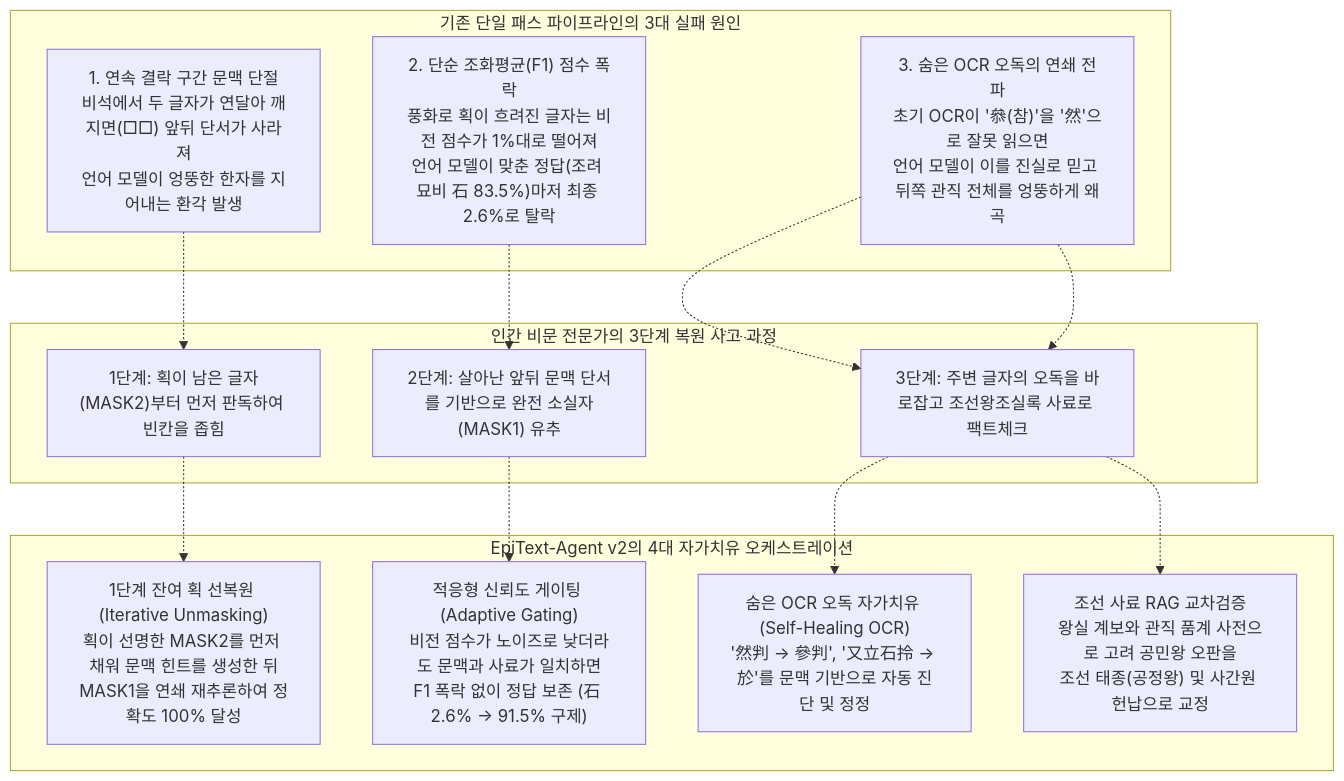
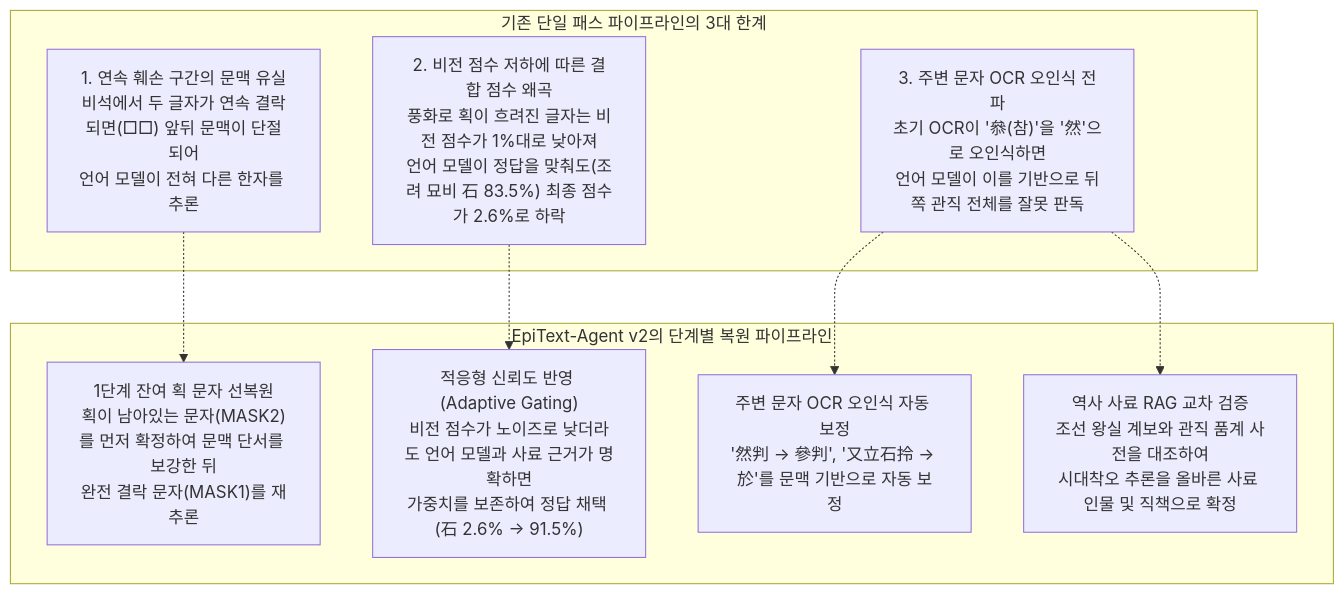
One commit to rntqkdl/epitext-ai-agent changed the first of 2 diagrams in README.md. Above: the diagram before and after it, drawn with Mermaid. The commit also changed other lines of this file and 5 other files, not shown here.

````diff
--- a/README.md
+++ b/README.md
@@ -24,26 +24,20 @@
 ```mermaid
 flowchart TD
-    subgraph Problem["기존 단일 패스 파이프라인의 3대 실패 원인"]
-        P1["1. 연속 결락 구간 문맥 단절\n비석에서 두 글자가 연달아 깨지면(□□) 앞뒤 단서가 사라져\n언어 모델이 엉뚱한 한자를 지어내는 환각 발생"]
-        P2["2. 단순 조화평균(F1) 점수 폭락\n풍화로 획이 흐려진 글자는 비전 점수가 1%대로 떨어져\n언어 모델이 맞춘 정답(조려 묘비 石 83.5%)마저 최종 2.6%로 탈락"]
-        P3["3. 숨은 OCR 오독의 연쇄 전파\n초기 OCR이 '叅(참)'을 '然'으로 잘못 읽으면\n언어 모델이 이를 진실로 믿고 뒤쪽 관직 전체를 엉뚱하게 왜곡"]
+    subgraph Problem["기존 단일 패스 파이프라인의 3대 한계"]
+        P1["1. 연속 훼손 구간의 문맥 유실\n비석에서 두 글자가 연속 결락되면(□□) 앞뒤 문맥이 단절되어\n언어 모델이 전혀 다른 한자를 추론"]
+        P2["2. 비전 점수 저하에 따른 결합 점수 왜곡\n풍화로 획이 흐려진 글자는 비전 점수가 1%대로 낮아져\n언어 모델이 정답을 맞춰도(조려 묘비 石 83.5%) 최종 점수가 2.6%로 하락"]
+        P3["3. 주변 문자 OCR 오인식 전파\n초기 OCR이 '叅(참)'을 '然'으로 오인식하면\n언어 모델이 이를 기반으로 뒤쪽 관직 전체를 잘못 판독"]
     end
 
-    subgraph HumanExpert["인간 비문 전문가의 3단계 복원 사고 과정"]
-        H1["1단계: 획이 남은 글자(MASK2)부터 먼저 판독하여 빈칸을 좁힘"]
-        H2["2단계: 살아난 앞뒤 문맥 단서를 기반으로 완전 소실자(MASK1) 유추"]
-        H3["3단계: 주변 글자의 오독을 바로잡고 조선왕조실록 사료로 팩트체크"]
+    subgraph Solution["EpiText-Agent v2의 단계별 복원 파이프라인"]
+        S1["1단계 잔여 획 문자 선복원\n획이 남아있는 문자(MASK2)를 먼저 확정하여 문맥 단서를 보강한 뒤\n완전 결락 문자(MASK1)를 재추론"]
+        S2["적응형 신뢰도 반영 (Adaptive Gating)\n비전 점수가 노이즈로 낮더라도 언어 모델과 사료 근거가 명확하면\n가중치를 보존하여 정답 채택 (石 2.6% -> 91.5%)"]
+        S3["주변 문자 OCR 오인식 자동 보정\n'然判 -> 參判', '又立石拎 -> 於'를 문맥 기반으로 자동 보정"]
+        S4["역사 사료 RAG 교차 검증\n조선 왕실 계보와 관직 품계 사전을 대조하여\n시대착오 추론을 올바른 사료 인물 및 직책으로 확정"]
     end
 
-    subgraph Solution["EpiText-Agent v2의 4대 자가치유 오케스트레이션"]
-        S1["1단계 잔여 획 선복원 (Iterative Unmasking)\n획이 선명한 MASK2를 먼저 채워 문맥 힌트를 생성한 뒤\nMASK1을 연쇄 재추론하여 정확도 100% 달성"]
-        S2["적응형 신뢰도 게이팅 (Adaptive Gating)\n비전 점수가 노이즈로 낮더라도 문맥과 사료가 일치하면\nF1 폭락 없이 정답 보존 (石 2.6% -> 91.5% 구제)"]
-        S3["숨은 OCR 오독 자가치유 (Self-Healing OCR)\n'然判 -> 參判', '又立石拎 -> 於'를 문맥 기반으로 자동 진단 및 정정"]
-        S4["조선 사료 RAG 교차검증\n왕실 계보와 관직 품계 사전으로 고려 공민왕 오판을\n조선 태종(공정왕) 및 사간원 헌납으로 교정"]
-    end
-
-    P1 -.-> H1 -.-> S1
-    P2 -.-> H2 -.-> S2
-    P3 -.-> H3 -.-> S3
-    P3 -.-> H3 -.-> S4
+    P1 -.-> S1
+    P2 -.-> S2
+    P3 -.-> S3
+    P3 -.-> S4
 ```
````
